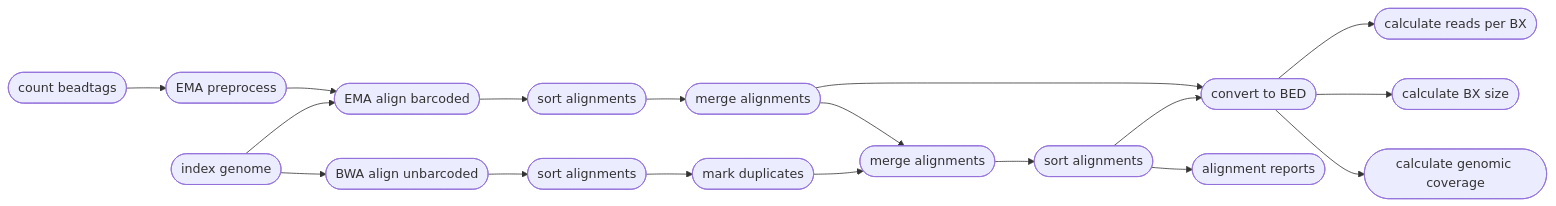
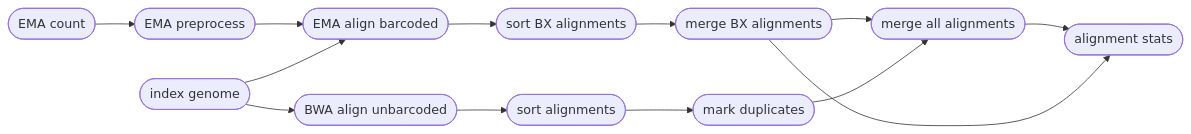
Before and after one commit to pdimens/harpy: the first of 2 diagrams in Modules/readmapping.md, drawn with Mermaid. The commit also changed other lines of this file and 1 other file, not shown here.

Commit message:
update to new logic

````diff
--- a/Modules/readmapping.md
+++ b/Modules/readmapping.md
@@ -68,20 +68,15 @@
 ```mermaid
 graph LR
-    A([count beadtags]) --> B([EMA preprocess])
+    A([EMA count]) --> B([EMA preprocess])
     B-->C([EMA align barcoded])
-    C-->D([sort alignments])
-    D-->E([merge alignments])
-    E-->G
-    E-->F([merge alignments])
+    C-->D([sort BX alignments])
+    D-->E([merge BX alignments])
+    E-->F([merge all alignments])
     IDX([index genome])-->C
     IDX-->Z([BWA align unbarcoded])
     Z-->Y([sort alignments])
     Y-->X([mark duplicates])
     X-->F
-    F-->K([sort alignments])
-    K-->J([alignment reports])
-    K-->G([convert to BED])
-    G-->H([calculate reads per BX])
-    G-->L([calculate BX size])
-    G-->I([calculate genomic coverage])
+    F-->J([alignment stats])
+    E-->J
 ```
````
